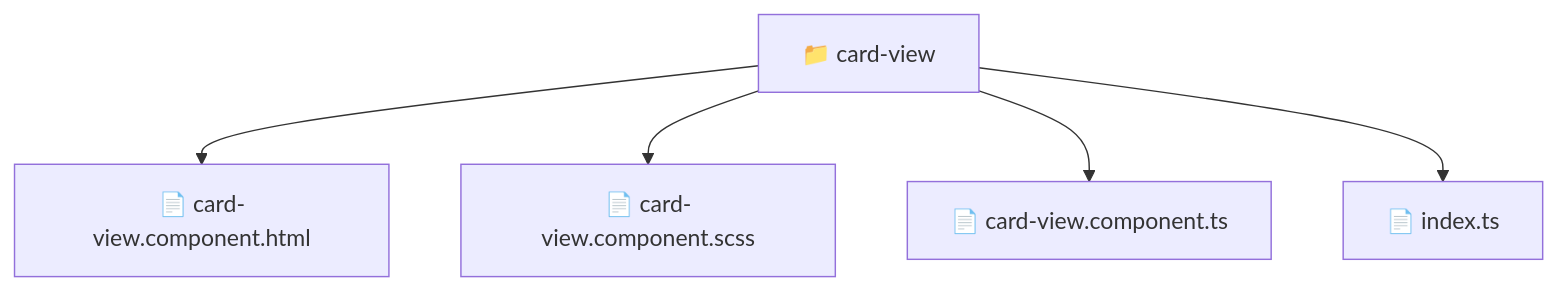
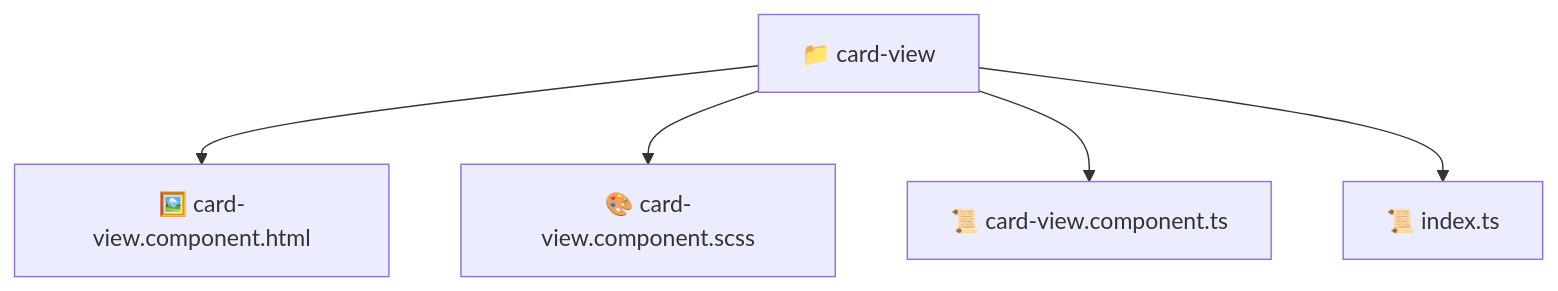
The diagram in frontend/src/shared/ui/card-view/README.md (beginwebdev2002/fullstack-mavluda), drawn with Mermaid before and after one commit. The commit also changed other lines of this file and 163 other files, not shown here.

````diff
--- a/frontend/src/shared/ui/card-view/README.md
+++ b/frontend/src/shared/ui/card-view/README.md
@@ -11,8 +11,8 @@
 ```mermaid
 graph TD
-  Root["📁 card-view"]
-  Root --> card_view_component_html["📄 card-view.component.html"]
-  Root --> card_view_component_scss["📄 card-view.component.scss"]
-  Root --> card_view_component_ts["📄 card-view.component.ts"]
-  Root --> index_ts["📄 index.ts"]
+  card_view["📁 card-view"]
+  card_view --> card_view_component_html["🖼️ card-view.component.html"]
+  card_view --> card_view_component_scss["🎨 card-view.component.scss"]
+  card_view --> card_view_component_ts["📜 card-view.component.ts"]
+  card_view --> index_ts["📜 index.ts"]
 ```
````
